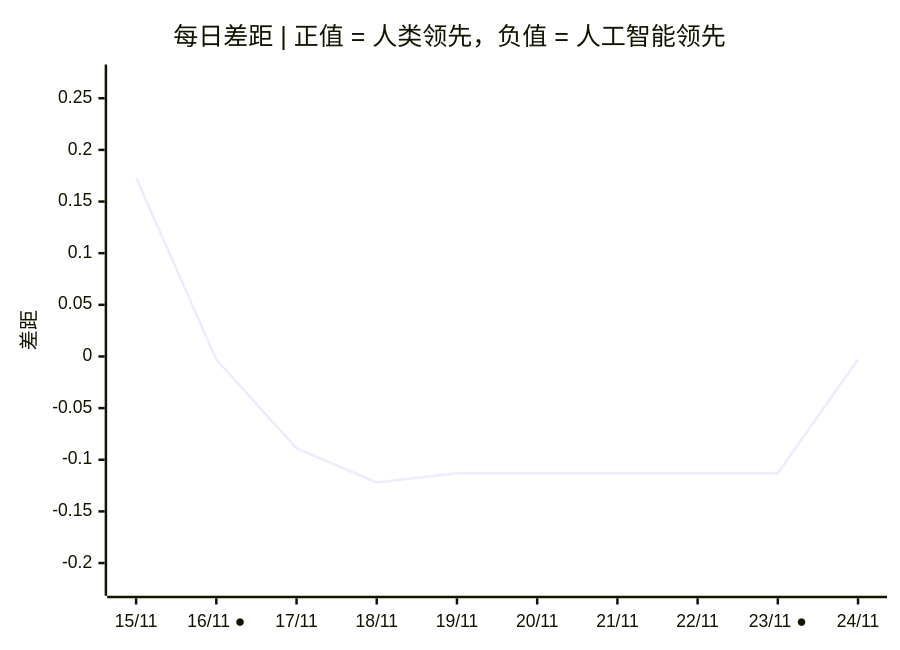
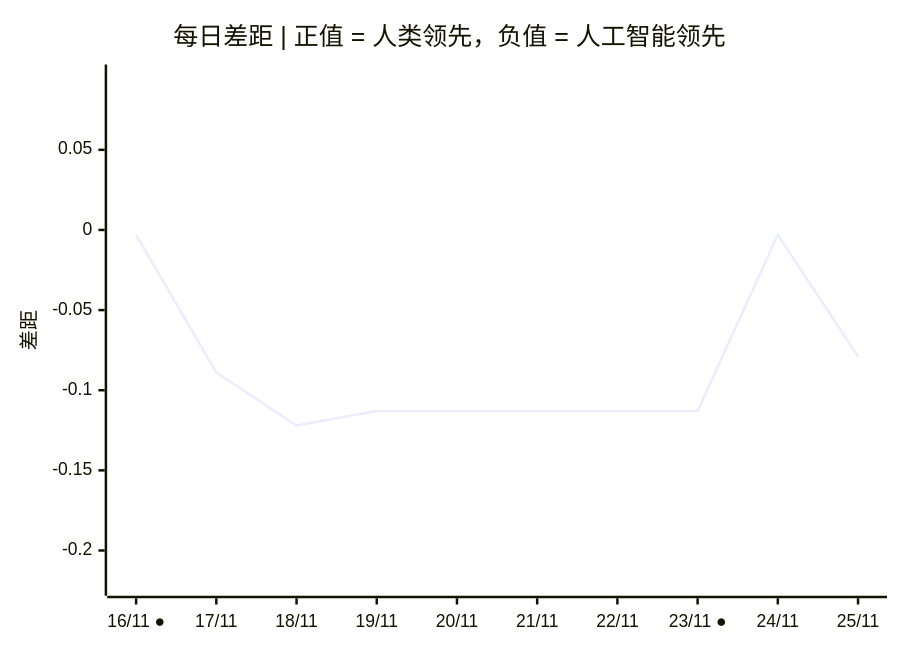
Before and after one commit to VQQLK/Human-AI-Monitor: the third of 3 diagrams in README.zh.md, drawn with Mermaid. The commit also changed other lines of this file and 5 other files, not shown here.

````diff
--- a/README.zh.md
+++ b/README.zh.md
@@ -56,7 +56,7 @@
 ```mermaid
 xychart-beta
     title "每日差距 | 正值 = 人类领先，负值 = 人工智能领先"
-    x-axis ["15/11", "16/11 ●", "17/11", "18/11", "19/11", "20/11", "21/11", "22/11", "23/11 ●", "24/11"]
-    y-axis "差距" -0.222 --> 0.273
-    line [0.173, -0.003, -0.089, -0.122, -0.113, -0.113, -0.113, -0.113, -0.113, -0.003]
+    x-axis ["16/11 ●", "17/11", "18/11", "19/11", "20/11", "21/11", "22/11", "23/11 ●", "24/11", "25/11"]
+    y-axis "差距" -0.222 --> 0.097
+    line [-0.003, -0.089, -0.122, -0.113, -0.113, -0.113, -0.113, -0.113, -0.003, -0.079]
 ```
````
